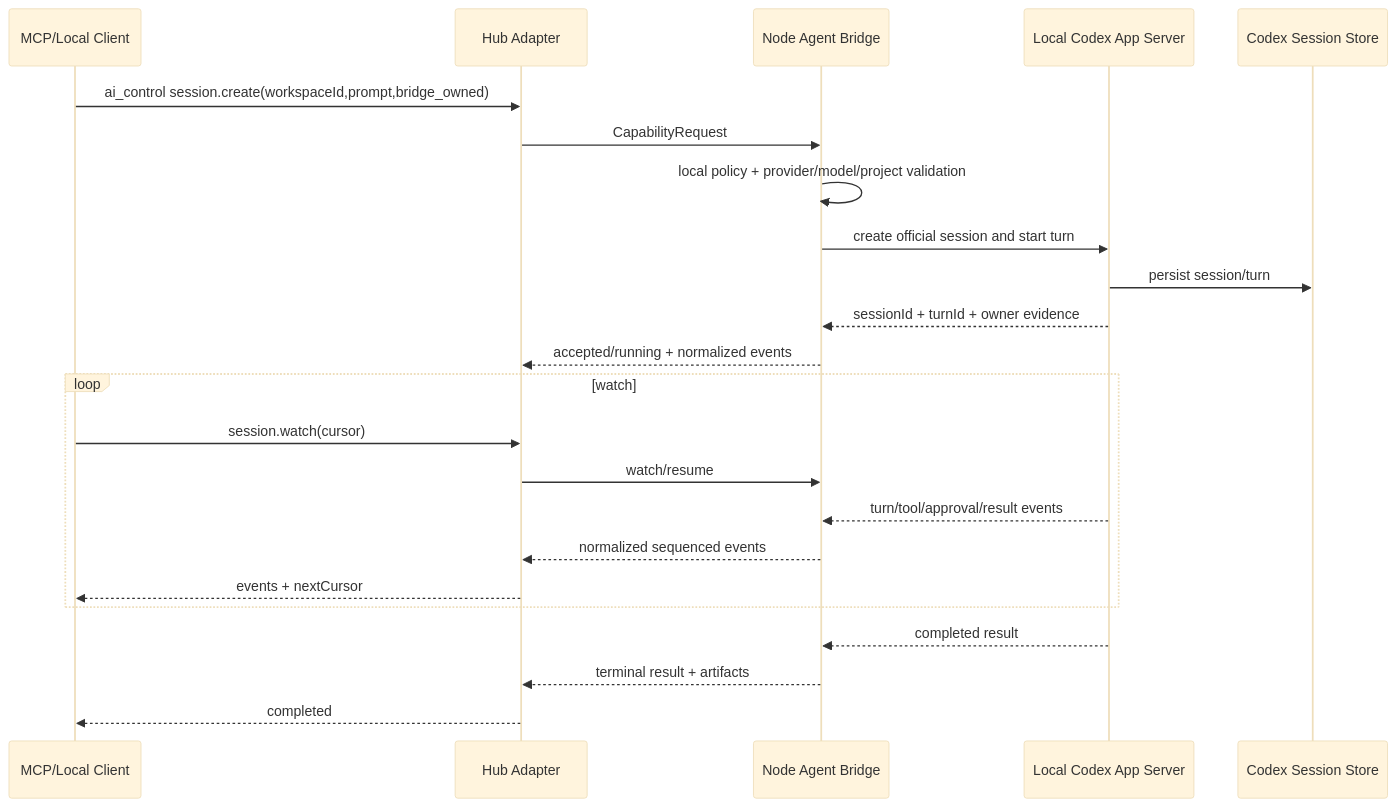
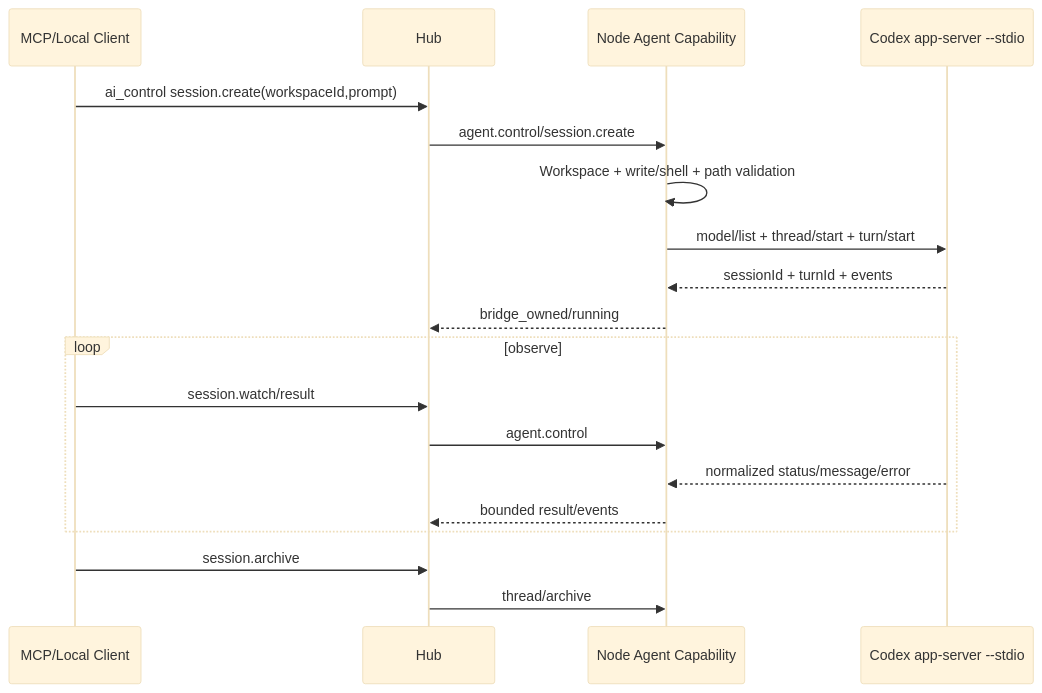
Before and after one commit to isguang2024/fast-spider: the diagram in docs/11-local-bridge-and-ai-control.md, drawn with Mermaid (base theme). The commit also changed other lines of this file and 35 other files, not shown here.

Commit message:
feat: add local bridge and codex control

````diff
--- a/docs/11-local-bridge-and-ai-control.md
+++ b/docs/11-local-bridge-and-ai-control.md
@@ -273,26 +198,22 @@
 ```mermaid
 sequenceDiagram
     participant C as MCP/Local Client
-    participant H as Hub Adapter
-    participant N as Node Agent Bridge
-    participant A as Local Codex App Server
-    participant S as Codex Session Store
+    participant H as Hub
+    participant N as Node Agent Capability
+    participant A as Codex app-server --stdio
 
-    C->>H: ai_control session.create(workspaceId,prompt,bridge_owned)
-    H->>N: CapabilityRequest
-    N->>N: local policy + provider/model/project validation
-    N->>A: create official session and start turn
-    A->>S: persist session/turn
-    A-->>N: sessionId + turnId + owner evidence
-    N-->>H: accepted/running + normalized events
-    loop watch
-      C->>H: session.watch(cursor)
-      H->>N: watch/resume
-      A-->>N: turn/tool/approval/result events
-      N-->>H: normalized sequenced events
-      H-->>C: events + nextCursor
+    C->>H: ai_control session.create(workspaceId,prompt)
+    H->>N: agent.control/session.create
+    N->>N: Workspace + write/shell + path validation
+    N->>A: model/list + thread/start + turn/start
+    A-->>N: sessionId + turnId + events
+    N-->>H: bridge_owned/running
+    loop observe
+      C->>H: session.watch/result
+      H->>N: agent.control
+      A-->>N: normalized status/message/error
+      N-->>H: bounded result/events
     end
-    A-->>N: completed result
-    N-->>H: terminal result + artifacts
-    H-->>C: completed
+    C->>H: session.archive
+    H->>N: thread/archive
 ```
````
